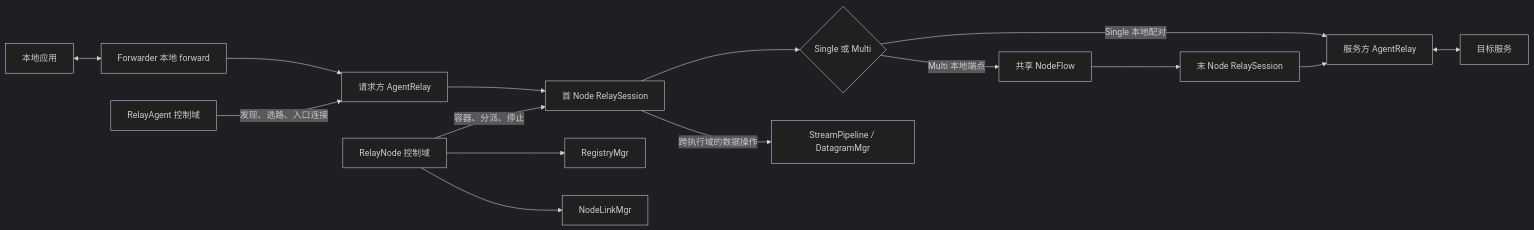
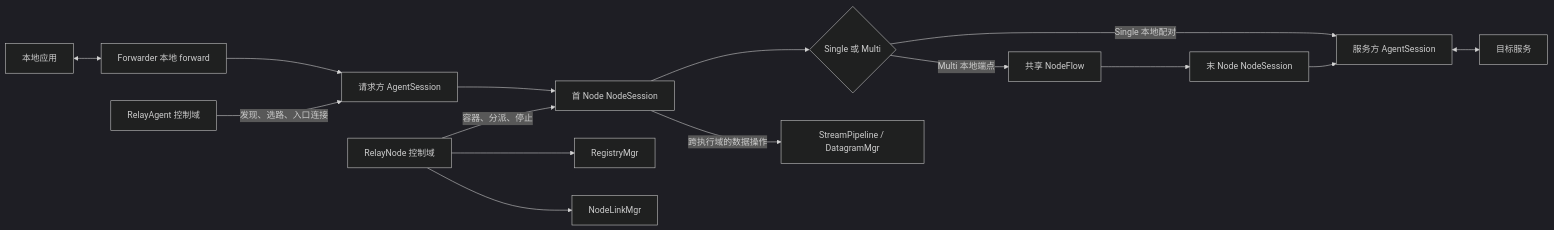
The first of 12 diagrams in docs/RelayWeave设计.md (Xtinc/relayweave), drawn with Mermaid (dark theme) before and after one commit. The commit also changed other lines of this file and 85 other files, not shown here.

````diff
--- a/docs/RelayWeave设计.md
+++ b/docs/RelayWeave设计.md
@@ -21,17 +42,17 @@
 ```mermaid
 flowchart LR
     APP[本地应用] <--> F[Forwarder 本地 forward]
-    F --> A[请求方 AgentRelay]
-    A --> H[首 Node RelaySession]
+    F --> A[请求方 AgentSession]
+    A --> H[首 Node NodeSession]
     H --> C{Single 或 Multi}
-    C -->|Single 本地配对| P[服务方 AgentRelay]
+    C -->|Single 本地配对| P[服务方 AgentSession]
     C -->|Multi 本地端点| NF[共享 NodeFlow]
-    NF --> T[末 Node RelaySession]
+    NF --> T[末 Node NodeSession]
     T --> P
     P <--> S[目标服务]
     RA[RelayAgent 控制域] -->|发现、选路、入口连接| A
     RN[RelayNode 控制域] -->|容器、分派、停止| H
     RN --> REG[RegistryMgr]
     RN --> NL[NodeLinkMgr]
     H -->|跨执行域的数据操作| DM[StreamPipeline / DatagramMgr]
 ```
````
